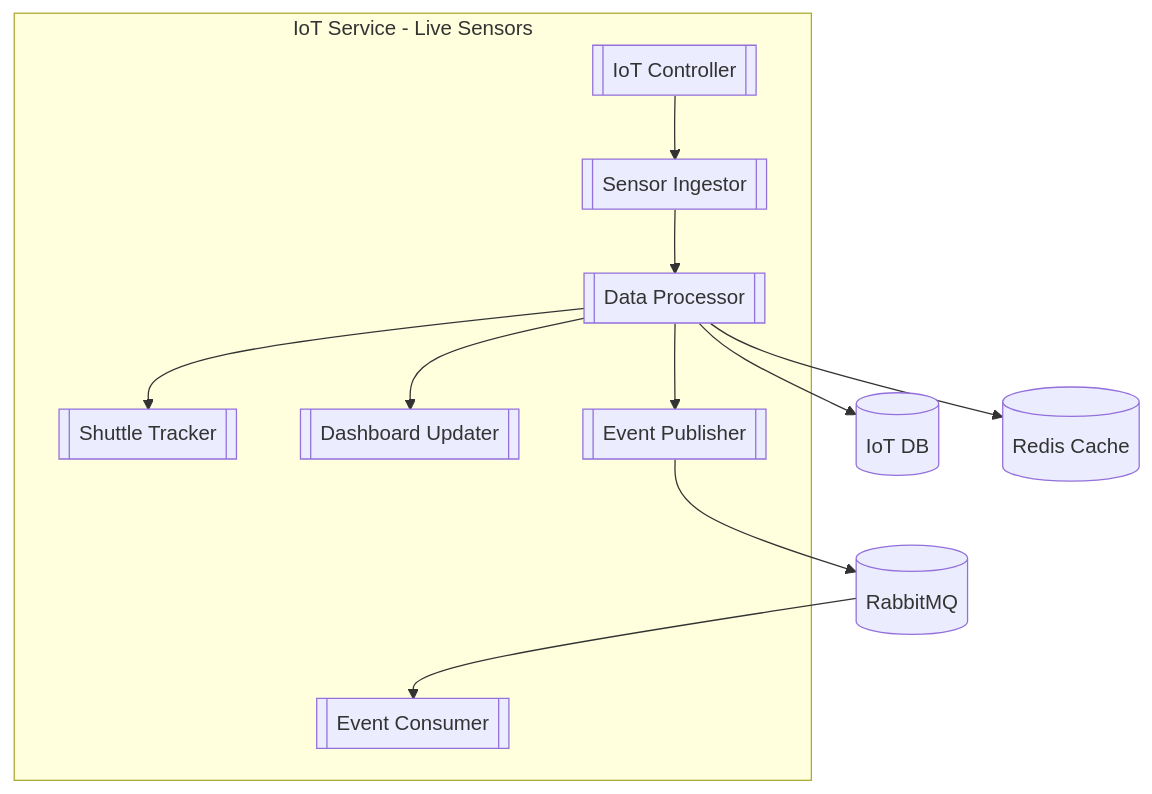
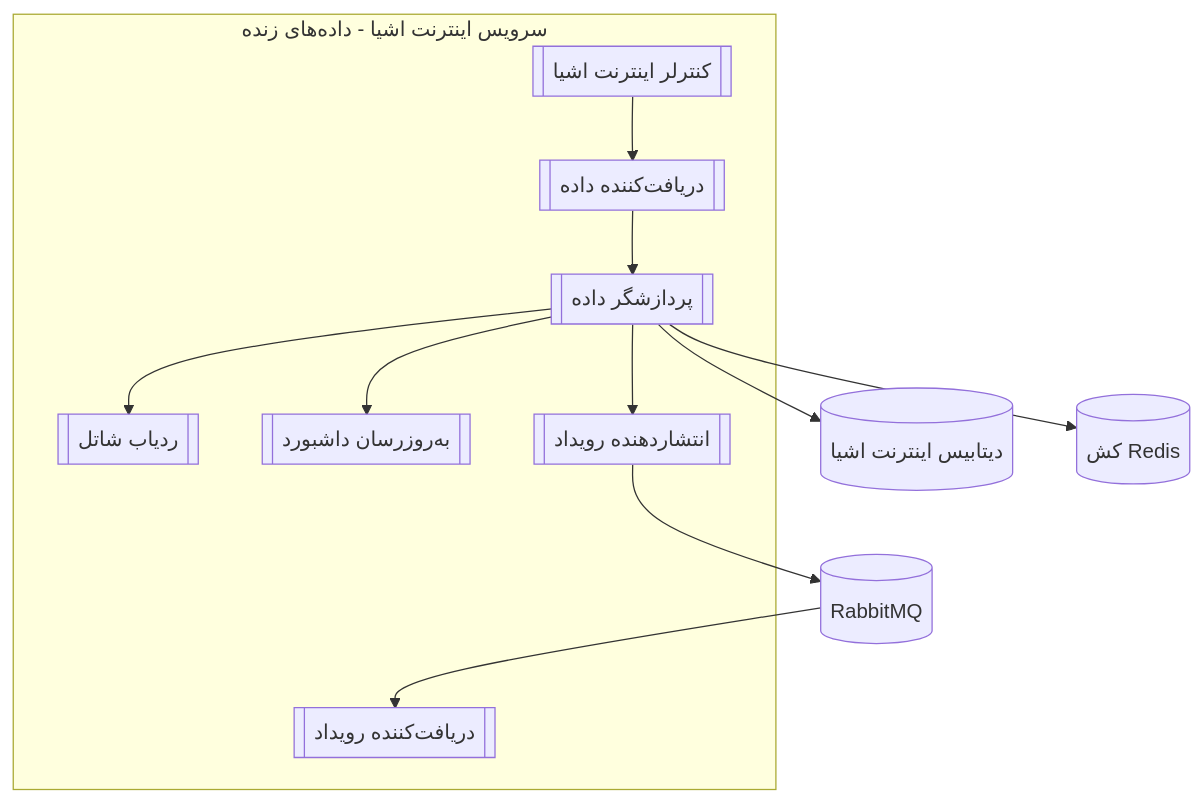
One commit to Amir-Goli-1383/test changed the eighth of 8 diagrams in README.md. Above: the diagram before and after it, drawn with Mermaid. The commit also changed other lines of this file, not shown here.

````diff
--- a/README.md
+++ b/README.md
@@ -345,30 +304,21 @@
 ```mermaid
 flowchart TB
-
-    subgraph IoTService ["IoT Service - Live Sensors"]
-
-        IoTController[[IoT Controller]]
-        IoTIngestor[[Sensor Ingestor]]
-        IoTProcessor[[Data Processor]]
-        LocationTracker[[Shuttle Tracker]]
-        DashboardService[[Dashboard Updater]]
-        EventPublisher[[Event Publisher]]
-        EventConsumer[[Event Consumer]]
-
+    subgraph IoTService ["سرویس اینترنت اشیا - داده‌های زنده"]
+        IoTController[[کنترلر اینترنت اشیا]]
+        IoTIngestor[[دریافت‌کننده داده]]
+        IoTProcessor[[پردازشگر داده]]
+        LocationTracker[[ردیاب شاتل]]
+        DashboardService[[به‌روزرسان داشبورد]]
+        EventPublisher[[انتشاردهنده رویداد]]
+        EventConsumer[[دریافت‌کننده رویداد]]
     end
-
-    IoTDB[(IoT DB)]
-    Cache[(Redis Cache)]
+    IoTDB[(دیتابیس اینترنت اشیا)]
+    Cache[(کش Redis)]
     MessageBroker[(RabbitMQ)]
 
     IoTController --> IoTIngestor
     IoTIngestor --> IoTProcessor
-    IoTProcessor --> LocationTracker
-    IoTProcessor --> DashboardService
-    IoTProcessor --> IoTDB
-    IoTProcessor --> Cache
-
-    IoTProcessor --> EventPublisher
+    IoTProcessor --> LocationTracker & DashboardService & IoTDB & Cache & EventPublisher
     EventPublisher --> MessageBroker
     MessageBroker --> EventConsumer
 ```
````
